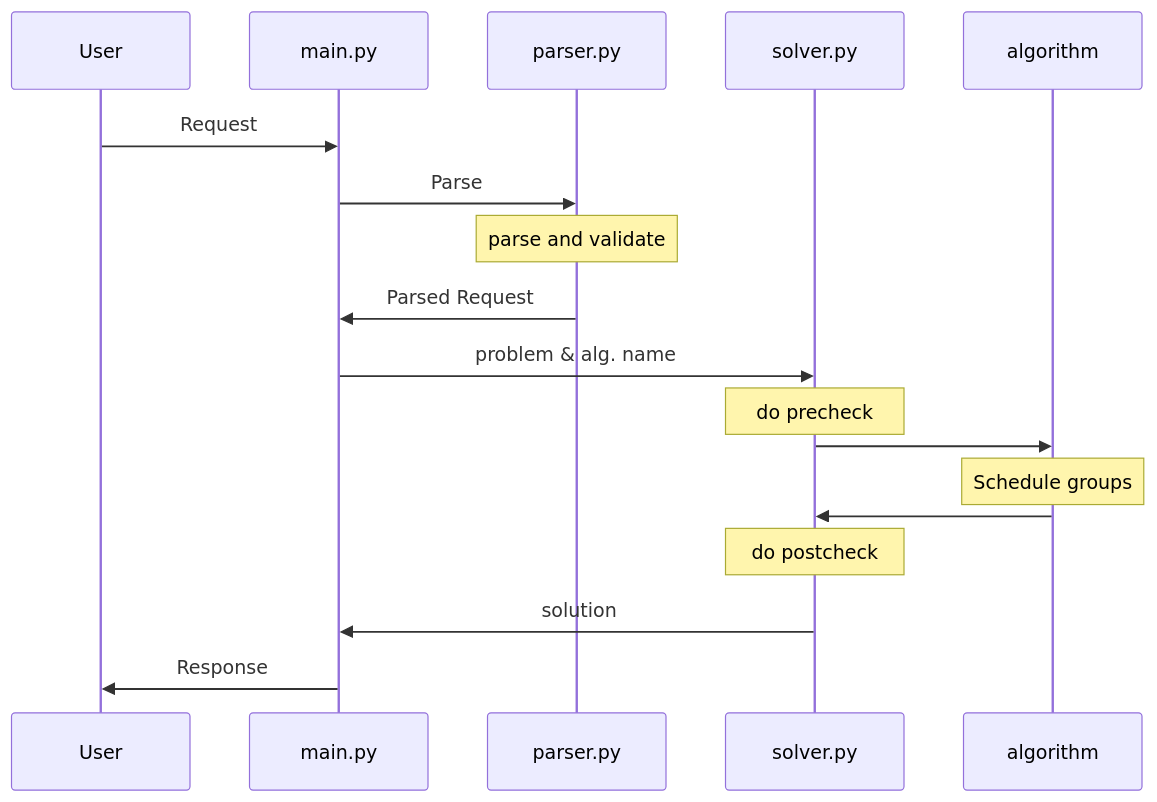
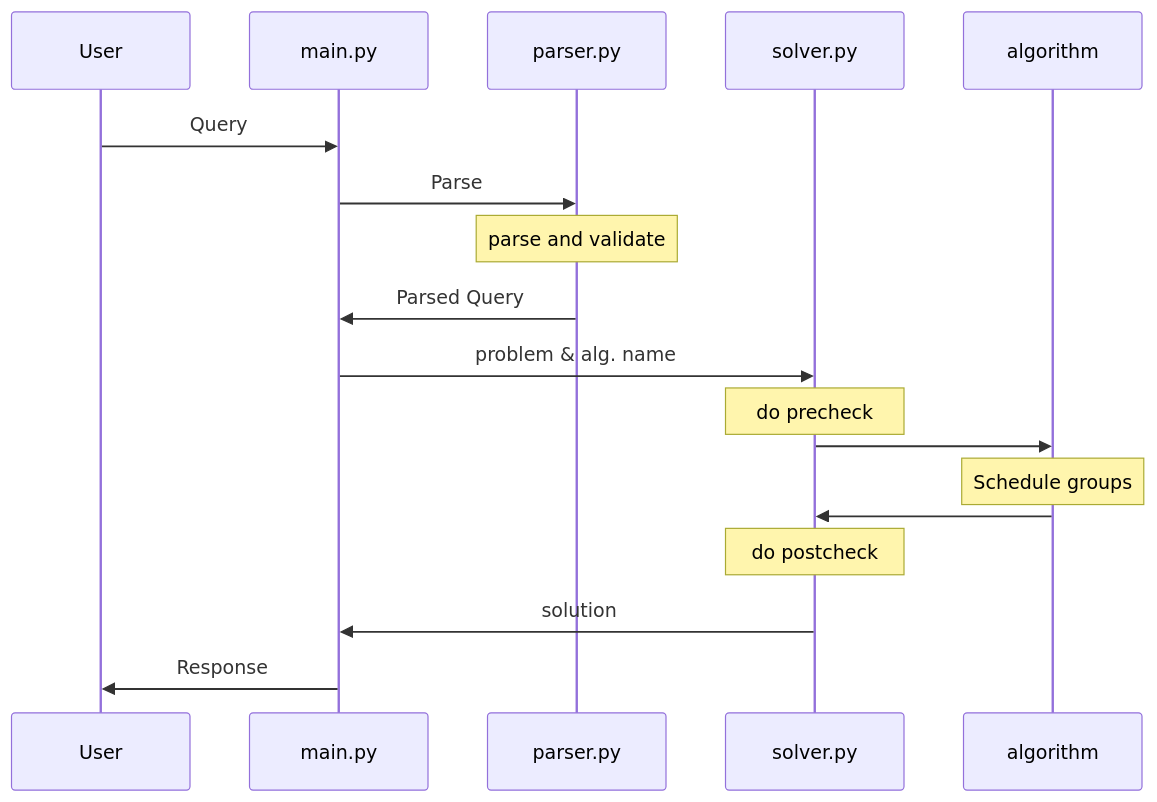
The first of 2 diagrams in docs/architecture.md (jakjank/class-scheduling-service), drawn with Mermaid before and after one commit. The commit also changed other lines of this file and 3 other files, not shown here.

Commit message:
rename Request to Query

````diff
--- a/docs/architecture.md
+++ b/docs/architecture.md
@@ -17,15 +17,15 @@
 ```mermaid
 sequenceDiagram
-    User->>main.py: Request
+    User->>main.py: Query
     main.py->>parser.py: Parse
     Note over parser.py: parse and validate
-    parser.py->>main.py: Parsed Request
+    parser.py->>main.py: Parsed Query
     main.py->>solver.py: problem & alg. name
     Note over solver.py: do precheck
     solver.py->>algorithm:
     Note over algorithm: Schedule groups
     algorithm->>solver.py:
     Note over solver.py: do postcheck
     solver.py->>main.py: solution
     main.py->>User: Response
 ```
````
